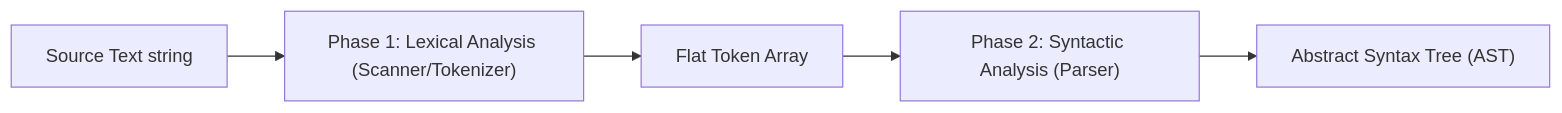
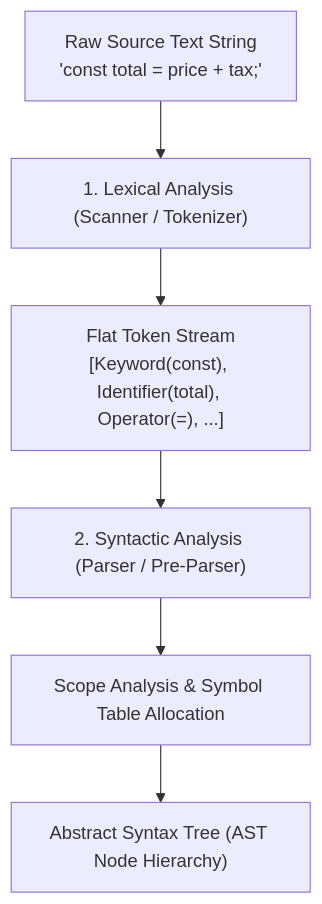
The first of 4 diagrams in js-internals/02-parsing-and-ast.md (Amie-dev/engineering-playbook), drawn with Mermaid before and after one commit. The commit also changed other lines of this file and 17 other files, not shown here.

````diff
--- a/js-internals/02-parsing-and-ast.md
+++ b/js-internals/02-parsing-and-ast.md
@@ -11,7 +15,9 @@
 ```mermaid
-flowchart LR
-    Source["Source Text string"] --> Lexer["Phase 1: Lexical Analysis (Scanner/Tokenizer)"]
-    Lexer --> Tokens["Flat Token Array"]
-    Tokens --> Parser["Phase 2: Syntactic Analysis (Parser)"]
-    Parser --> AST["Abstract Syntax Tree (AST)"]
+flowchart TD
+    SourceText["Raw Source Text String<br/>'const total = price + tax;'"] --> Scanner["1. Lexical Analysis (Scanner / Tokenizer)"]
+    Scanner --> TokenStream["Flat Token Stream<br/>[Keyword(const), Identifier(total), Operator(=), ...]"]
+    
+    TokenStream --> Parser["2. Syntactic Analysis (Parser / Pre-Parser)"]
+    Parser --> ScopeAnalysis["Scope Analysis & Symbol Table Allocation"]
+    ScopeAnalysis --> AST["Abstract Syntax Tree (AST Node Hierarchy)"]
 ```
````
